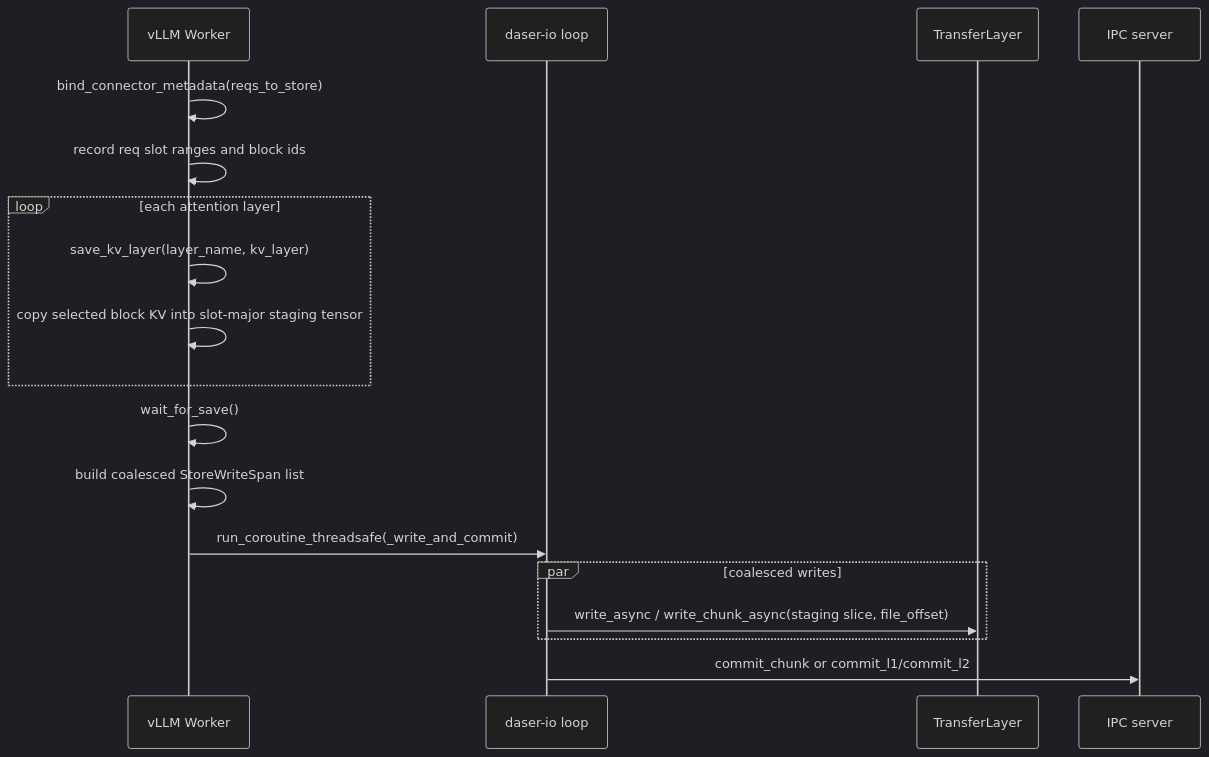
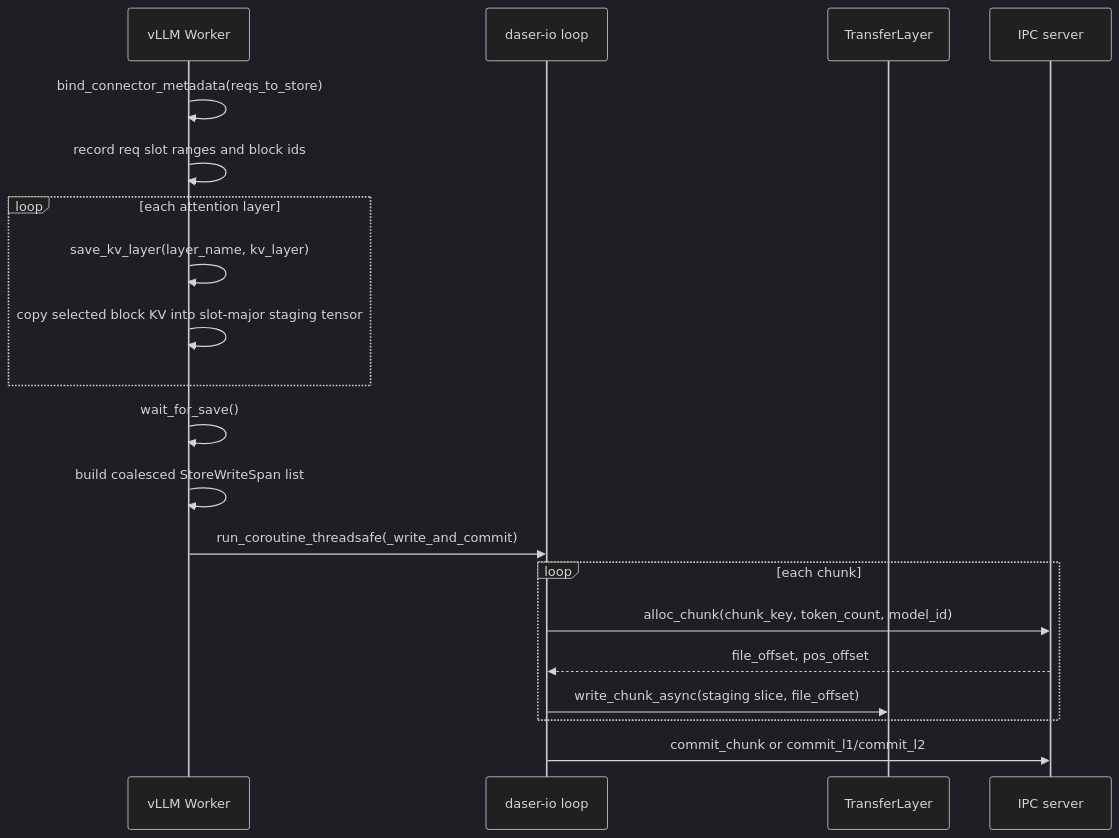
The fourth of 8 diagrams in docs/design/flows.md (GentleCold/DaseR), drawn with Mermaid (dark theme) before and after one commit. The commit also changed other lines of this file and 11 other files, not shown here.

````diff
--- a/docs/design/flows.md
+++ b/docs/design/flows.md
@@ -102,21 +97,23 @@
 ```mermaid
 sequenceDiagram
     participant W as vLLM Worker
     participant BG as daser-io loop
     participant T as TransferLayer
     participant IPC as IPC server
 
     W->>W: bind_connector_metadata(reqs_to_store)
     W->>W: record req slot ranges and block ids
     loop each attention layer
         W->>W: save_kv_layer(layer_name, kv_layer)
         W->>W: copy selected block KV into slot-major staging tensor
     end
     W->>W: wait_for_save()
     W->>W: build coalesced StoreWriteSpan list
     W->>BG: run_coroutine_threadsafe(_write_and_commit)
-    par coalesced writes
-        BG->>T: write_async / write_chunk_async(staging slice, file_offset)
+    loop each chunk
+        BG->>IPC: alloc_chunk(chunk_key, token_count, model_id)
+        IPC-->>BG: file_offset, pos_offset
+        BG->>T: write_chunk_async(staging slice, file_offset)
     end
     BG->>IPC: commit_chunk or commit_l1/commit_l2
 ```
````
